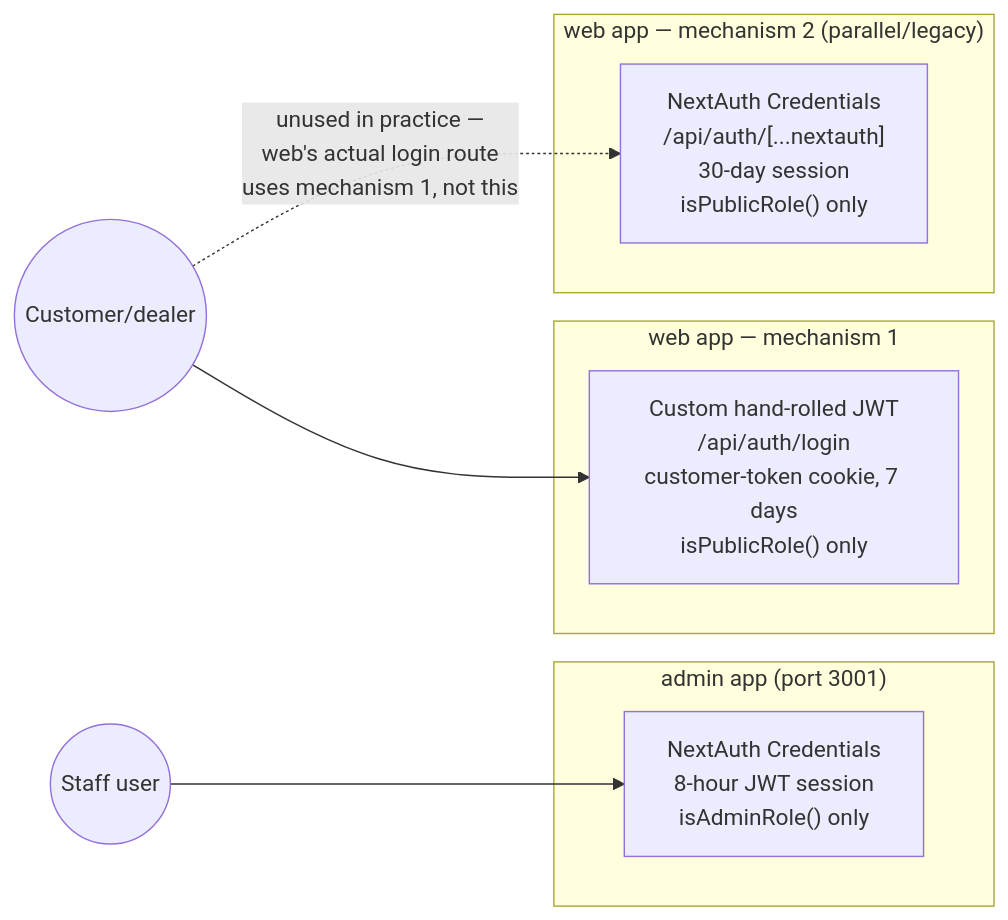
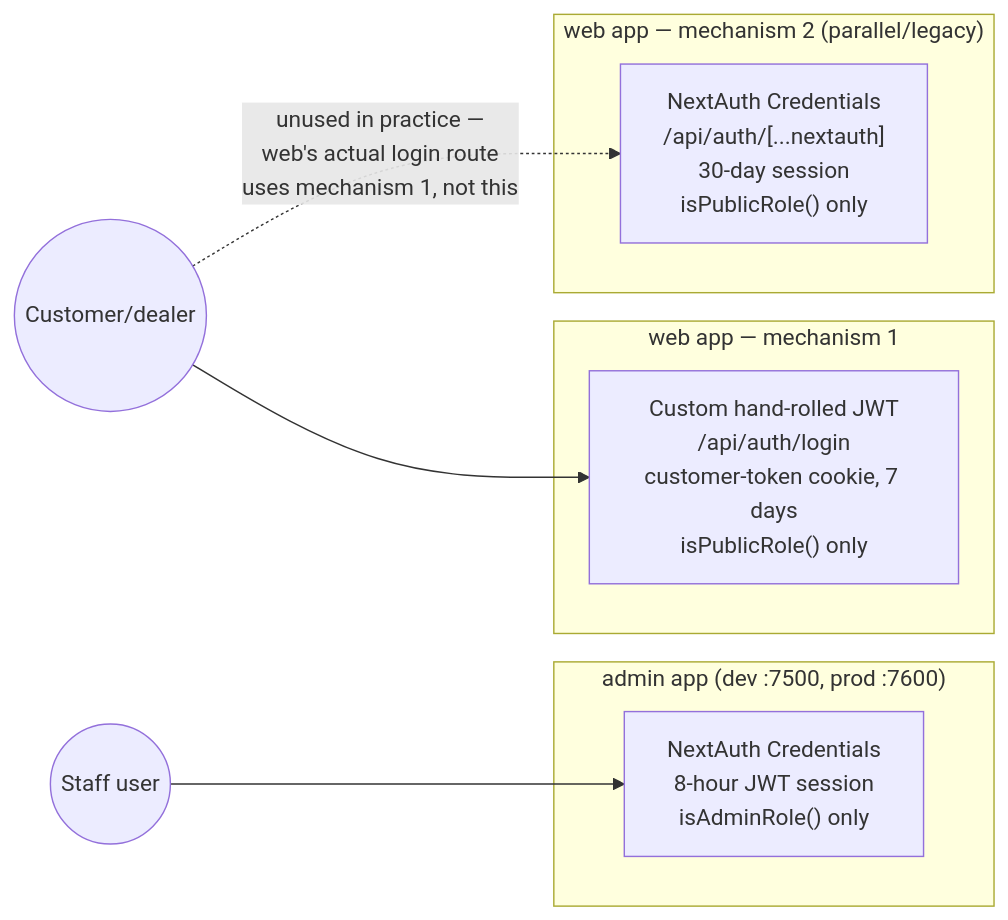
The seventh of 8 diagrams in SYSTEM-ANALYSIS.md (hirkogemechu474-lang/kerchanshe-geely-ethiopia), drawn with Mermaid before and after one commit. The commit also changed other lines of this file and 3 other files, not shown here.

````diff
--- a/SYSTEM-ANALYSIS.md
+++ b/SYSTEM-ANALYSIS.md
@@ -376,16 +465,16 @@
 ```mermaid
 flowchart LR
-    subgraph Admin["admin app (port 3001)"]
+    subgraph Admin["admin app (dev :7500, prod :7600)"]
         A1["NextAuth Credentials\n8-hour JWT session\nisAdminRole() only"]
     end
     subgraph WebA["web app — mechanism 1"]
         W1["Custom hand-rolled JWT\n/api/auth/login\ncustomer-token cookie, 7 days\nisPublicRole() only"]
     end
     subgraph WebB["web app — mechanism 2 (parallel/legacy)"]
         W2["NextAuth Credentials\n/api/auth/[...nextauth]\n30-day session\nisPublicRole() only"]
     end
 
     Staff((Staff user)) --> A1
     Customer((Customer/dealer)) --> W1
     Customer -.->|"unused in practice —\nweb's actual login route\nuses mechanism 1, not this"| W2
 ```
````
